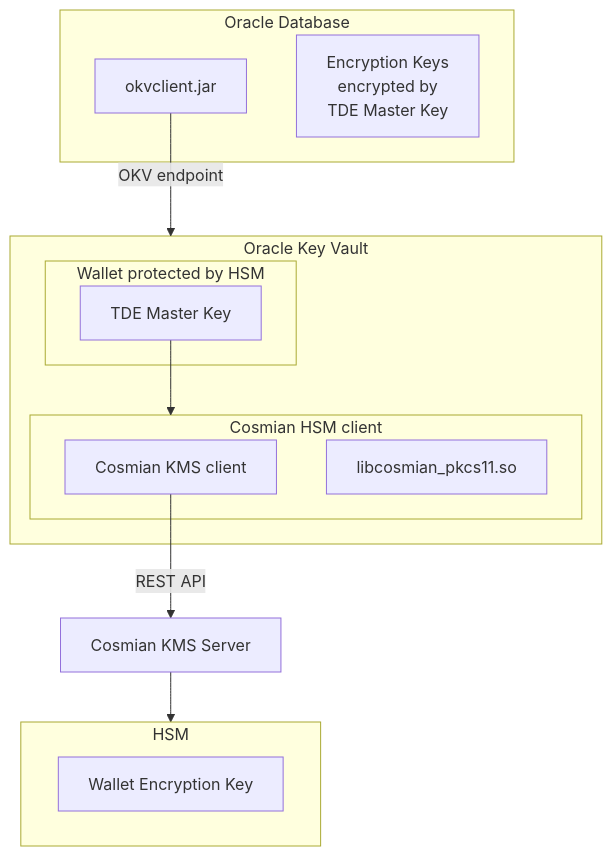
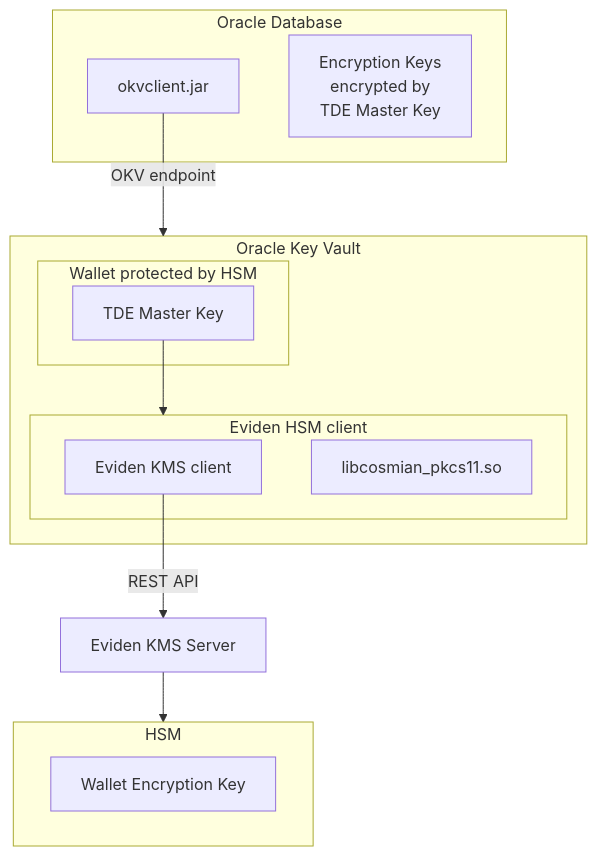
The first of 2 diagrams in documentation/docs/integrations/databases/oracle_tde.md (Cosmian/kms), drawn with Mermaid before and after one commit. The commit also changed other lines of this file and 192 other files, not shown here.

First line of the commit message:
feat: rebrand UI and documentation from Cosmian to Eviden (#945)

````diff
--- a/documentation/docs/integrations/databases/oracle_tde.md
+++ b/documentation/docs/integrations/databases/oracle_tde.md
@@ -28,25 +28,25 @@
 ```mermaid
 graph TD
     subgraph oracle_db[Oracle Database]
         okvclient[okvclient.jar]
         dek[Encryption Keys
         encrypted by
         TDE Master Key]
     end
     okvclient -- OKV endpoint --> OKV
     subgraph OKV[Oracle Key Vault]
-        subgraph hsm_client[Cosmian HSM client]
-            kms_client[Cosmian KMS client]
+        subgraph hsm_client[Eviden HSM client]
+            kms_client[Eviden KMS client]
             pkcs11_lib[libcosmian_pkcs11.so]
         end
         subgraph wallet[Wallet protected by HSM]
             tde[TDE Master Key]
         end
         tde --> hsm_client
     end
-    kms_client -- REST API --> KMS[Cosmian KMS Server]
+    kms_client -- REST API --> KMS[Eviden KMS Server]
     KMS --> HSM
     subgraph HSM[HSM]
         kek[Wallet Encryption Key]
     end
 ```
````
